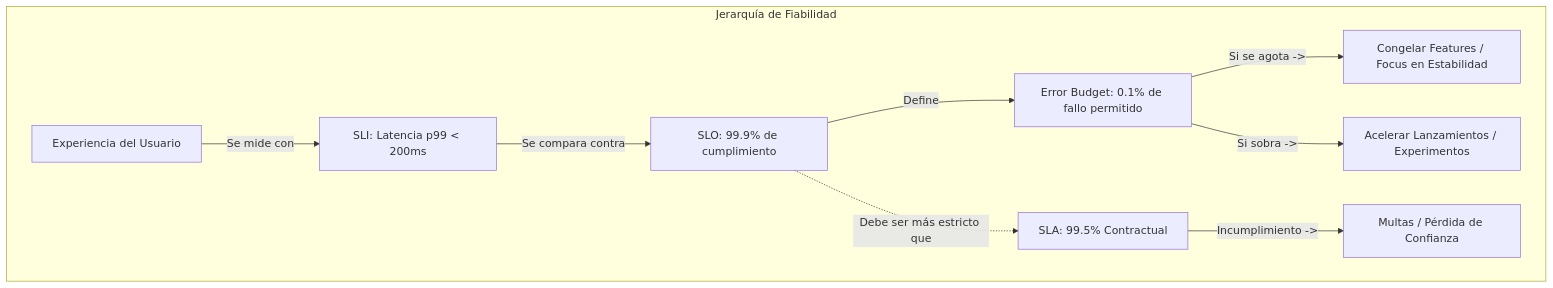
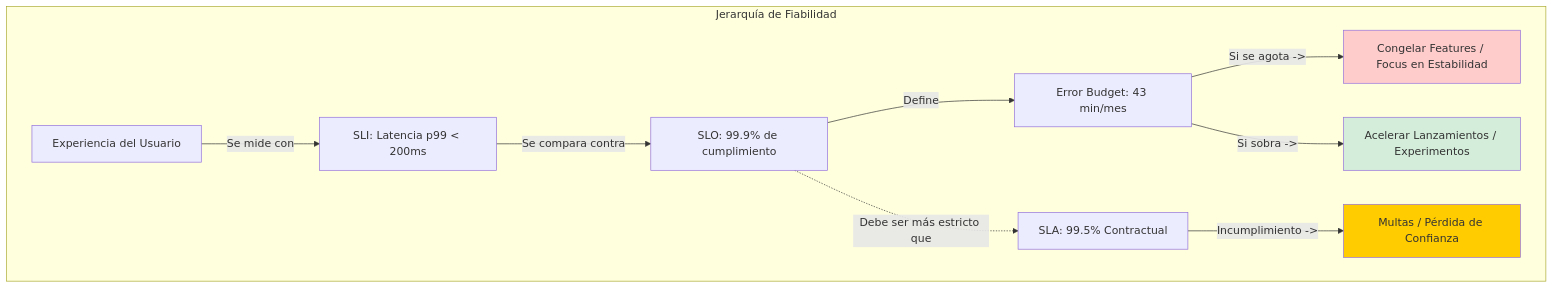
Before and after one commit to Joaquinriosheredia/DAM-Java-Mastery: the first of 3 diagrams in 05_SRE_DevOps/sli_slo_y_slas_diseno_y_aplicacion_real_en_microservicios_java_STAFF.md, drawn with Mermaid. The commit also changed other lines of this file, not shown here.

Commit message:
sli_slo_y_slas_diseno_y_aplicacion_real_en_microservicios_java_STAFF.md

````diff
--- a/05_SRE_DevOps/sli_slo_y_slas_diseno_y_aplicacion_real_en_microservicios_java_STAFF.md
+++ b/05_SRE_DevOps/sli_slo_y_slas_diseno_y_aplicacion_real_en_microservicios_java_STAFF.md
@@ -27,13 +73,17 @@
 ```mermaid
 graph TD
     subgraph "Jerarquía de Fiabilidad"
         USER[Experiencia del Usuario] -->|Se mide con| SLI[SLI: Latencia p99 < 200ms]
         SLI -->|Se compara contra| SLO[SLO: 99.9% de cumplimiento]
-        SLO -->|Define| EB[Error Budget: 0.1% de fallo permitido]
+        SLO -->|Define| EB[Error Budget: 43 min/mes]
         EB -->|Si se agota ->| FREEZE[Congelar Features / Focus en Estabilidad]
         EB -->|Si sobra ->| INNOV[Acelerar Lanzamientos / Experimentos]
         
         SLO -.->|Debe ser más estricto que| SLA[SLA: 99.5% Contractual]
         SLA -->|Incumplimiento ->| PENALTY[Multas / Pérdida de Confianza]
     end
+    
+    style FREEZE fill:#ffcccc
+    style INNOV fill:#d4edda
+    style PENALTY fill:#ffcc00
 ```
````
